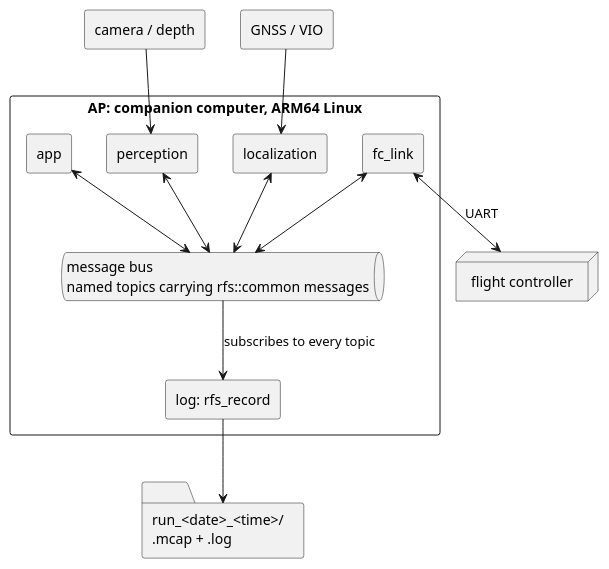
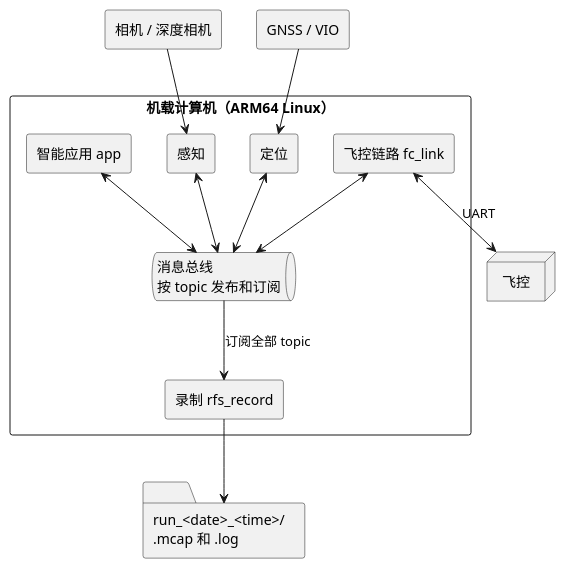
One commit to ravii/ruhnix-flight-system changed the diagram in docs/diagrams/applog-system.puml. Above: the diagram before and after it, drawn with PlantUML. The commit also changed 12 other files, not shown here.

First line of the commit message:
docs: Chinese PlantUML diagrams without ":" in element names

```diff
--- a/docs/diagrams/applog-system.puml
+++ b/docs/diagrams/applog-system.puml
@@ -1,29 +1,29 @@
 @startuml
 ' rfs-diagram: applog-system
 skinparam componentStyle rectangle
 skinparam shadowing false
 
-agent "camera / depth" as CAM
+agent "相机 / 深度相机" as CAM
 agent "GNSS / VIO" as GNSS
 
-rectangle "AP: companion computer, ARM64 Linux" {
-  component "perception" as PER
-  component "localization" as LOC
-  component "app" as APP
-  component "fc_link" as LINK
-  queue "message bus\nnamed topics carrying rfs::common messages" as BUS
-  component "log: rfs_record" as REC
+rectangle "机载计算机（ARM64 Linux）" {
+  component "感知" as PER
+  component "定位" as LOC
+  component "智能应用 app" as APP
+  component "飞控链路 fc_link" as LINK
+  queue "消息总线\n按 topic 发布和订阅" as BUS
+  component "录制 rfs_record" as REC
 }
-node "flight controller" as FC
-folder "run_<date>_<time>/\n.mcap + .log" as RUN
+node "飞控" as FC
+folder "run_<date>_<time>/\n.mcap 和 .log" as RUN
 
 CAM --> PER
 GNSS --> LOC
 PER <--> BUS
 LOC <--> BUS
 APP <--> BUS
 LINK <--> BUS
 LINK <--> FC : UART
-BUS --> REC : subscribes to every topic
+BUS --> REC : 订阅全部 topic
 REC --> RUN
 @enduml
```
